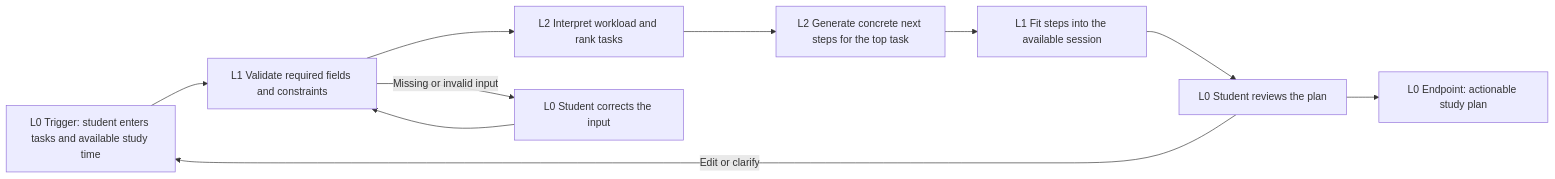
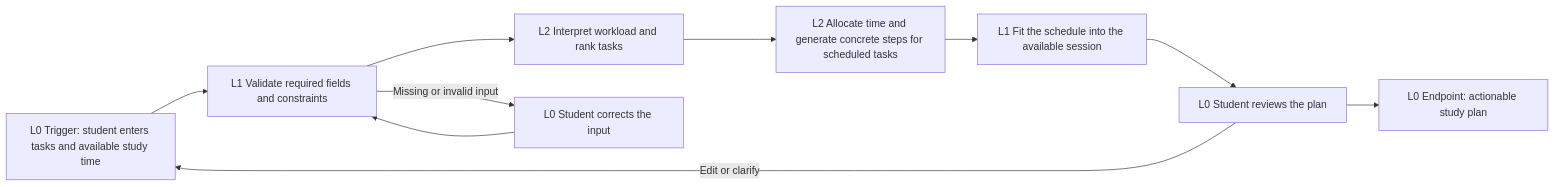
Before and after one commit to mbuddhal/Build-a-thon: the diagram in outputs/study-planner-workflow-sketch.md, drawn with Mermaid. The commit also changed other lines of this file and 9 other files, not shown here.

Commit message:
Allocate study time across assignments

````diff
--- a/outputs/study-planner-workflow-sketch.md
+++ b/outputs/study-planner-workflow-sketch.md
@@ -5,14 +5,14 @@
 ```mermaid
 flowchart LR
     A[L0 Trigger: student enters tasks and available study time]
     --> B[L1 Validate required fields and constraints]
     --> C[L2 Interpret workload and rank tasks]
-    --> D[L2 Generate concrete next steps for the top task]
-    --> E[L1 Fit steps into the available session]
+    --> D[L2 Allocate time and generate concrete steps for scheduled tasks]
+    --> E[L1 Fit the schedule into the available session]
     --> F[L0 Student reviews the plan]
     --> G[L0 Endpoint: actionable study plan]
 
     F -->|Edit or clarify| A
     B -->|Missing or invalid input| H[L0 Student corrects the input]
     H --> B
 ```
````
